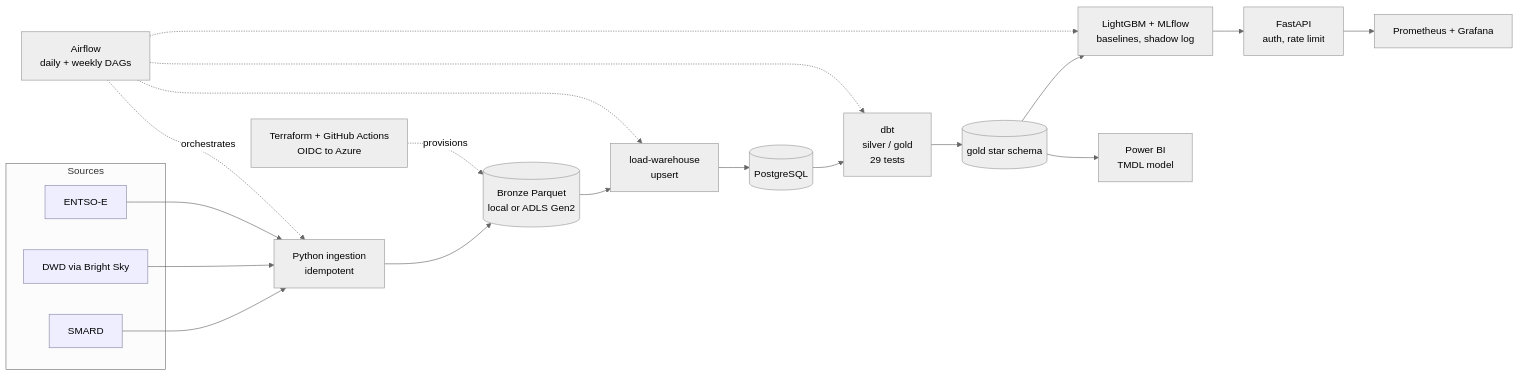
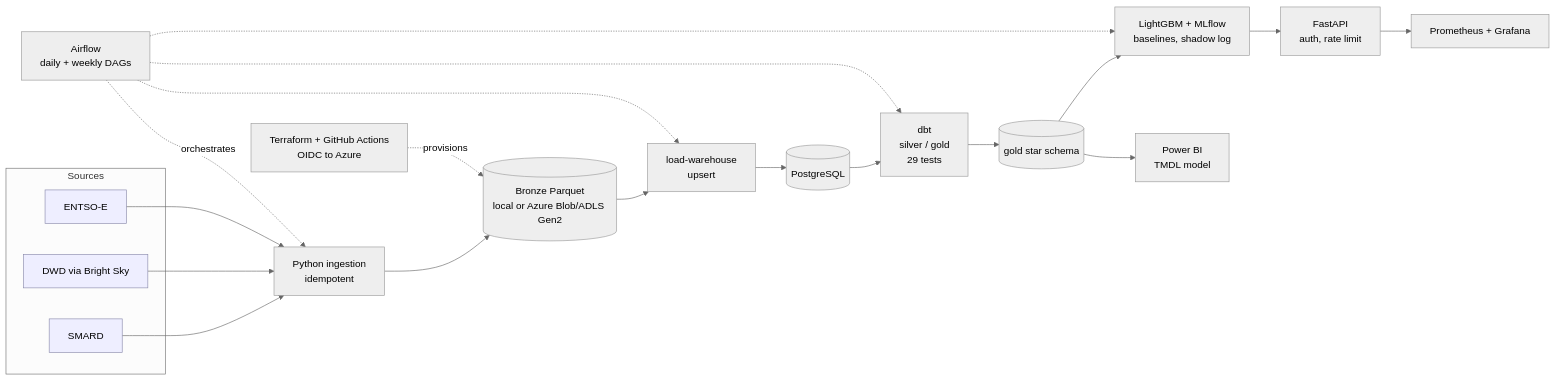
One commit to Parsaka/gridpulse-de changed the diagram in README.md. Above: the diagram before and after it, drawn with Mermaid (neutral theme). The commit also changed 11 other files, not shown here.

Commit message:
feat: Azure Blob storage backend tested against the Azurite emulator (no subscription needed)

````diff
--- a/README.md
+++ b/README.md
@@ -30,24 +30,24 @@
 ```mermaid
 flowchart LR
   subgraph Sources
     S1[SMARD]:::src
     S2[DWD via Bright Sky]:::src
     S3[ENTSO-E]:::src
   end
   S1 & S2 & S3 --> ING[Python ingestion<br/>idempotent]
-  ING --> BR[(Bronze Parquet<br/>local or ADLS Gen2)]
+  ING --> BR[(Bronze Parquet<br/>local or Azure Blob/ADLS Gen2)]
   BR --> LOAD[load-warehouse<br/>upsert]
   LOAD --> PG[(PostgreSQL)]
   PG --> DBT[dbt<br/>silver / gold<br/>29 tests]
   DBT --> GOLD[(gold star schema)]
   GOLD --> ML[LightGBM + MLflow<br/>baselines, shadow log]
   ML --> API[FastAPI<br/>auth, rate limit]
   GOLD --> PBI[Power BI<br/>TMDL model]
   API --> PROM[Prometheus + Grafana]
   AF[Airflow<br/>daily + weekly DAGs] -.orchestrates.-> ING
   AF -.-> LOAD
   AF -.-> DBT
   AF -.-> ML
   TF[Terraform + GitHub Actions<br/>OIDC to Azure] -.provisions.-> BR
   classDef src fill:#eef,stroke:#88a
 ```
````
